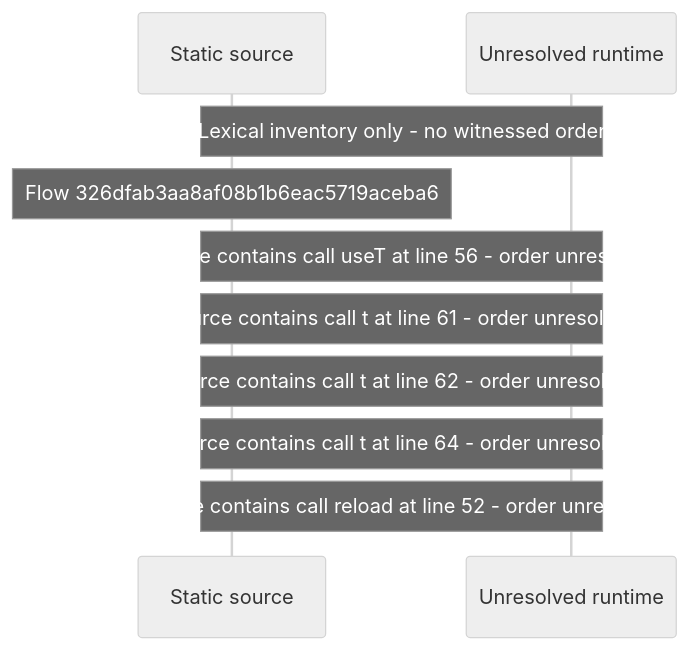
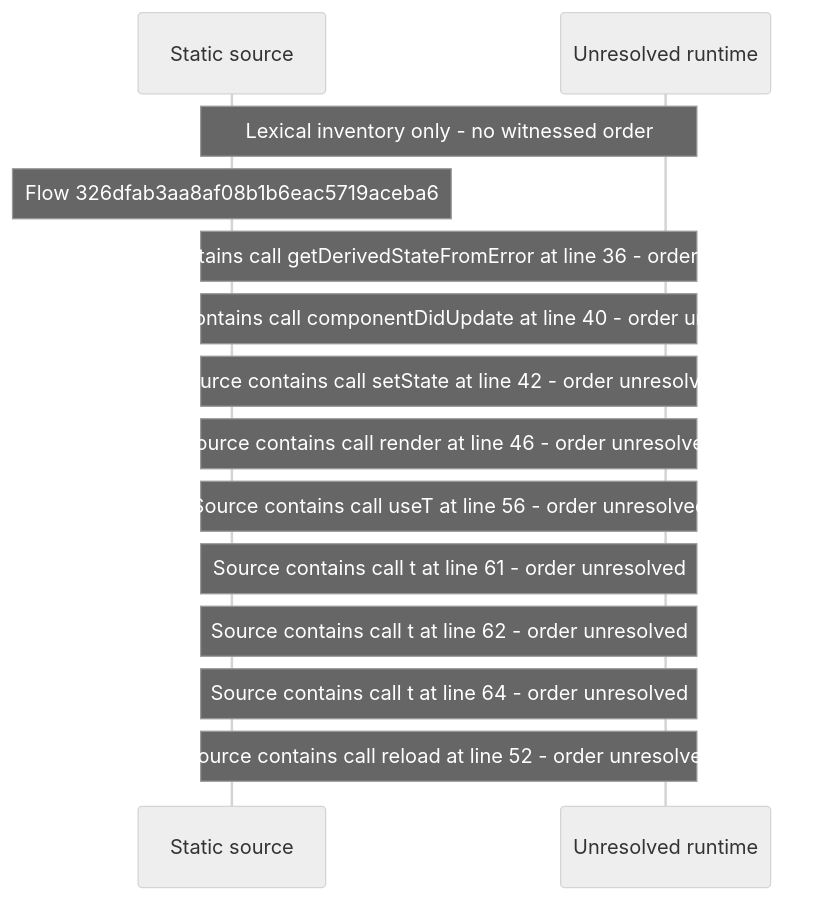
One commit to beamfall/core changed the diagram in docs/web/flows/generated/326dfab3aa8af08b1b6eac5719aceba6/flow-diagram.md. Above: the diagram before and after it, drawn with Mermaid (neutral theme). The commit also changed other lines of this file and 707 other files, not shown here.

Commit message:
Regenerate the web flow record with flow generator version 6

````diff
--- a/docs/web/flows/generated/326dfab3aa8af08b1b6eac5719aceba6/flow-diagram.md
+++ b/docs/web/flows/generated/326dfab3aa8af08b1b6eac5719aceba6/flow-diagram.md
@@ -10,12 +10,16 @@
 ```mermaid
 sequenceDiagram
     participant S as Static source
     participant U as Unresolved runtime
     Note over S,U: Lexical inventory only - no witnessed order
     Note over S: Flow 326dfab3aa8af08b1b6eac5719aceba6
+    Note over S,U: Source contains call getDerivedStateFromError at line 36 - order unresolved
+    Note over S,U: Source contains call componentDidUpdate at line 40 - order unresolved
+    Note over S,U: Source contains call setState at line 42 - order unresolved
+    Note over S,U: Source contains call render at line 46 - order unresolved
     Note over S,U: Source contains call useT at line 56 - order unresolved
     Note over S,U: Source contains call t at line 61 - order unresolved
     Note over S,U: Source contains call t at line 62 - order unresolved
     Note over S,U: Source contains call t at line 64 - order unresolved
     Note over S,U: Source contains call reload at line 52 - order unresolved
 ```
````
